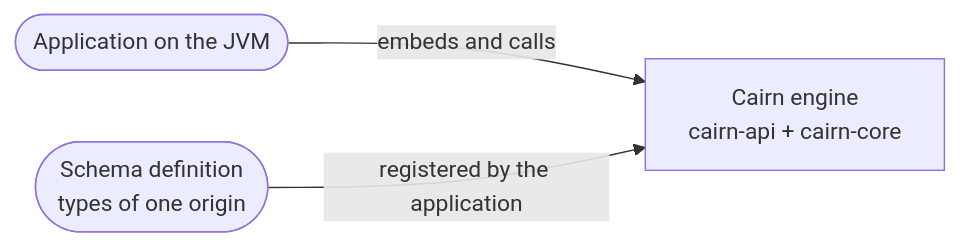
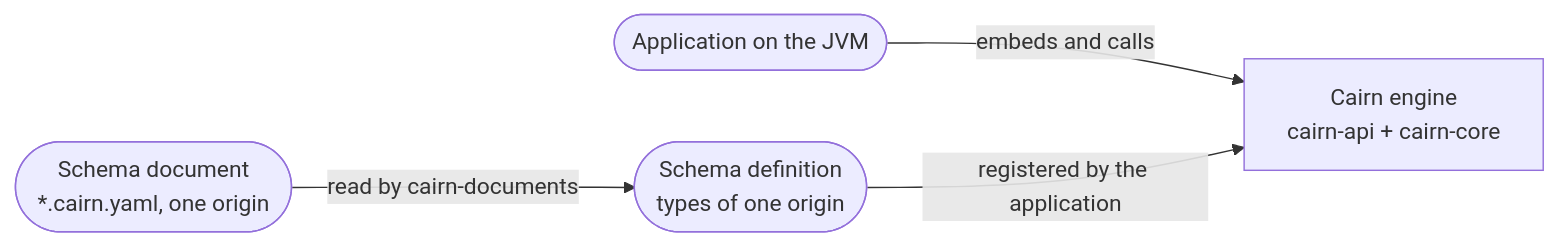
Before and after one commit to enricoag1982/Cairn: the first of 2 diagrams in docs/architecture/README.md, drawn with Mermaid. The commit also changed other lines of this file and 15 other files, not shown here.

First line of the commit message:
docs: resolve the drift review of add-schema-documents (specs and docs)

````diff
--- a/docs/architecture/README.md
+++ b/docs/architecture/README.md
@@ -33,5 +33,6 @@
 ```mermaid
 flowchart LR
     app([Application on the JVM]) -->|embeds and calls| cairn[Cairn engine<br/>cairn-api + cairn-core]
-    model([Schema definition<br/>types of one origin]) -->|registered by the application| cairn
+    doc([Schema document<br/>*.cairn.yaml, one origin]) -->|read by cairn-documents| model([Schema definition<br/>types of one origin])
+    model -->|registered by the application| cairn
 ```
````
